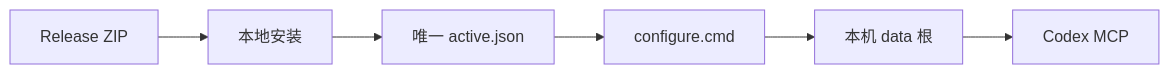
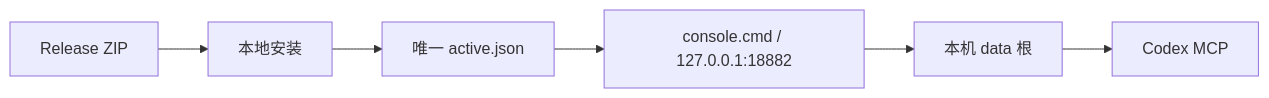
One commit to ga626/knowledge-radar changed the diagram in README.md. Above: the diagram before and after it, drawn with Mermaid. The commit also changed other lines of this file and 24 other files, not shown here.

````diff
--- a/README.md
+++ b/README.md
@@ -43,8 +43,8 @@
 ```mermaid
 flowchart LR
   R["Release ZIP"] --> I["本地安装"]
   I --> A["唯一 active.json"]
-  A --> C["configure.cmd"]
+  A --> C["console.cmd / 127.0.0.1:18882"]
   C --> D["本机 data 根"]
   D --> M["Codex MCP"]
 ```
````
